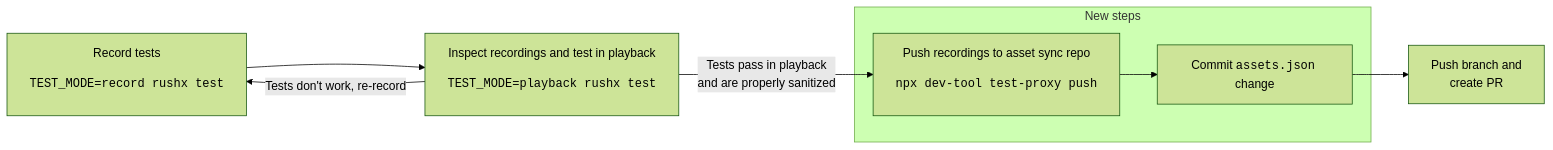
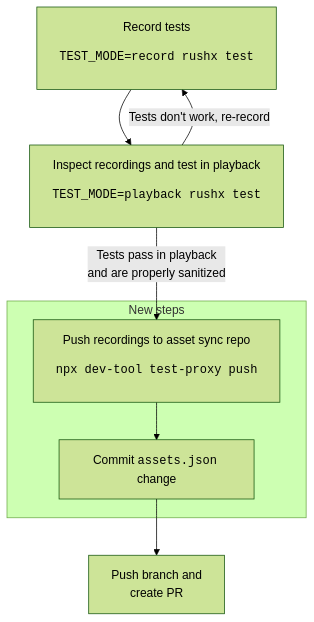
Before and after one commit to Azure/azure-sdk-for-js: the diagram in sdk/test-utils/recorder/ASSET_SYNC_MIGRATION.md, drawn with Mermaid (forest theme). The commit also changed other lines of this file, not shown here.

````diff
--- a/sdk/test-utils/recorder/ASSET_SYNC_MIGRATION.md
+++ b/sdk/test-utils/recorder/ASSET_SYNC_MIGRATION.md
@@ -36,15 +39,15 @@
 ```mermaid
-graph LR
+graph TD
 record[Record tests<pre>TEST_MODE=record rushx test</pre>] -->
 playback[Inspect recordings and test in playback<pre>TEST_MODE=playback rushx test</pre>]
 
 playback -- Tests don't work, re-record --> record
 playback -- Tests pass in playback\nand are properly sanitized --> push
 
 subgraph New steps
 push[Push recordings to asset sync repo<pre>npx dev-tool test-proxy push</pre>] -->
 assets[Commit <code>assets.json</code> change]
 end
 
 assets --> pr[Push branch and\ncreate PR]
 ```
````
